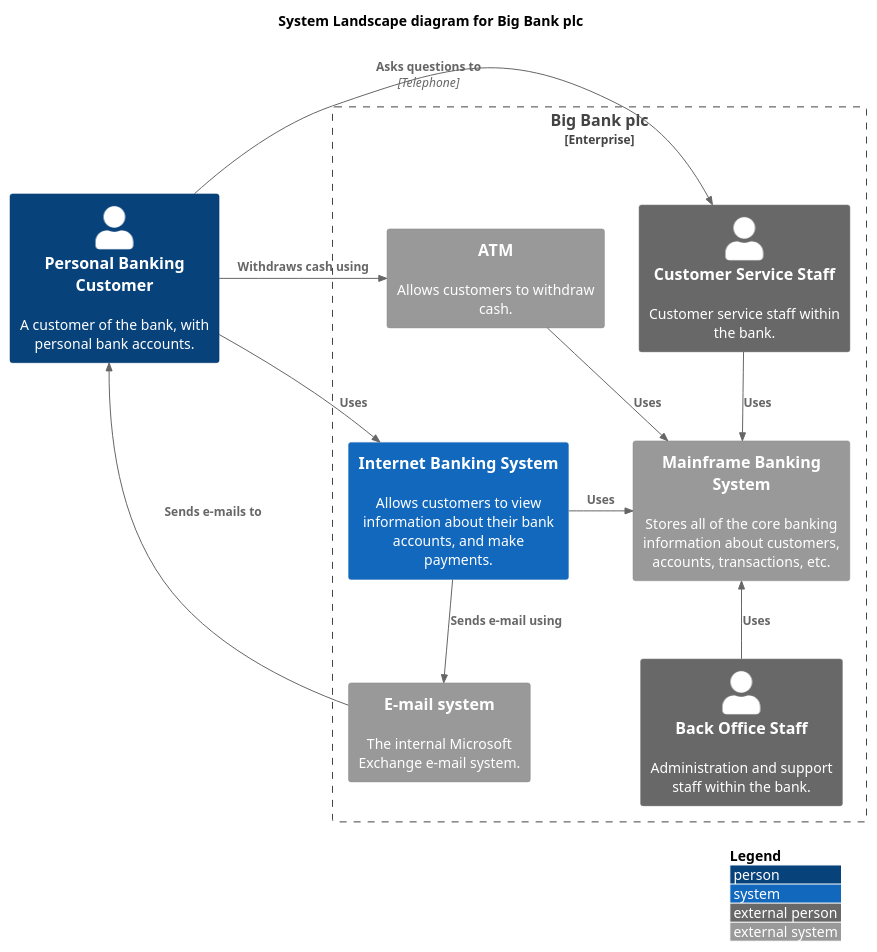
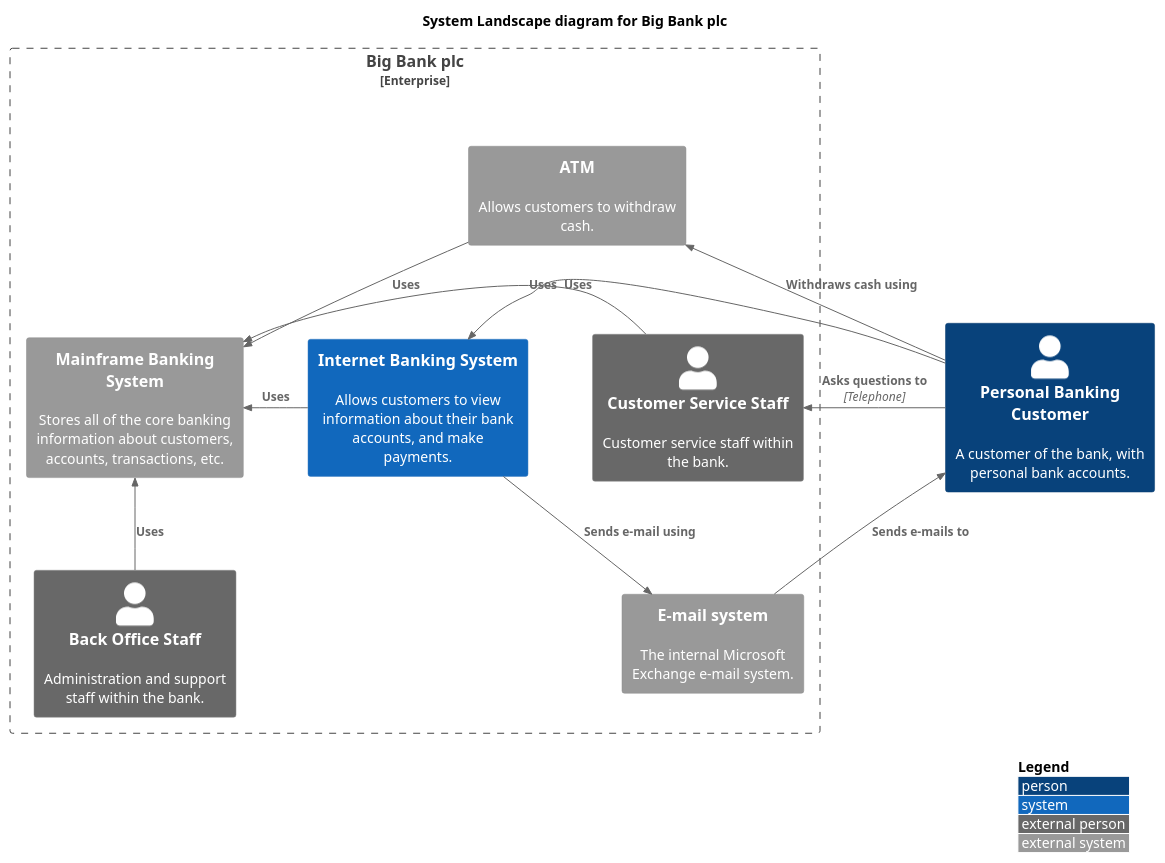
Before and after one commit to peerapongv/cdac-repo: the diagram in docs/1000/c4/context/context_level0.md, drawn with PlantUML.

Commit message:
for pr testing

````diff
--- a/docs/1000/c4/context/context_level0.md
+++ b/docs/1000/c4/context/context_level0.md
@@ -1,44 +1,44 @@
 ```kroki-plantuml
 @startuml
 !include https://raw.githubusercontent.com/plantuml-stdlib/C4-PlantUML/master/C4_Context.puml
 ' uncomment the following line and comment the first to use locally
 ' !include C4_Context.puml
 
 'LAYOUT_TOP_DOWN()
 'LAYOUT_AS_SKETCH()
 LAYOUT_WITH_LEGEND()
 
 title System Landscape diagram for Big Bank plc
 
 Person(customer, "Personal Banking Customer", "A customer of the bank, with personal bank accounts.")
 
 Enterprise_Boundary(c0, "Big Bank plc") {
     System(banking_system, "Internet Banking System", "Allows customers to view information about their bank accounts, and make payments.")
 
     System_Ext(atm, "ATM", "Allows customers to withdraw cash.")
     System_Ext(mail_system, "E-mail system", "The internal Microsoft Exchange e-mail system.")
 
     System_Ext(mainframe, "Mainframe Banking System", "Stores all of the core banking information about customers, accounts, transactions, etc.")
 
     Person_Ext(customer_service, "Customer Service Staff", "Customer service staff within the bank.")
     Person_Ext(back_office, "Back Office Staff", "Administration and support staff within the bank.")
 }
 
 Rel_Neighbor(customer, banking_system, "Uses")
 Rel_R(customer, atm, "Withdraws cash using")
 Rel_Back(customer, mail_system, "Sends e-mails to")
 
 Rel_R(customer, customer_service, "Asks questions to", "Telephone")
 
 Rel_D(banking_system, mail_system, "Sends e-mail using")
 Rel_R(atm, mainframe, "Uses")
 Rel_R(banking_system, mainframe, "Uses")
-Rel(customer_service, mainframe, "Uses")
+Rel_R(customer_service, mainframe, "Uses")
 Rel_U(back_office, mainframe, "Uses")
 
 Lay_D(atm, banking_system)
 
 Lay_D(atm, customer)
 Lay_U(mail_system, customer)
 @enduml
 ```
````
